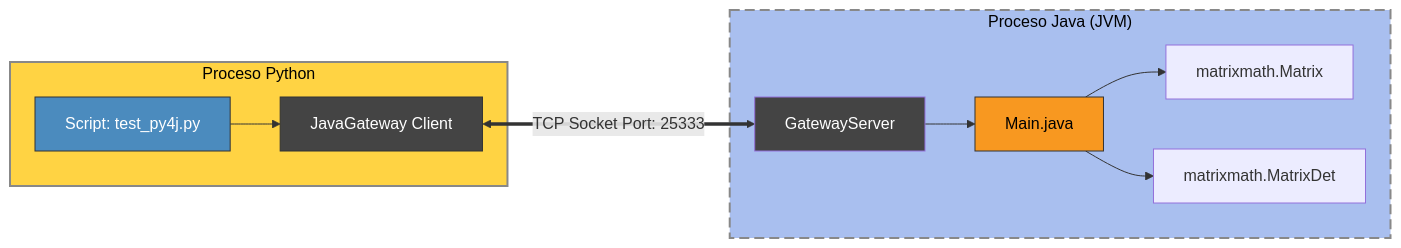
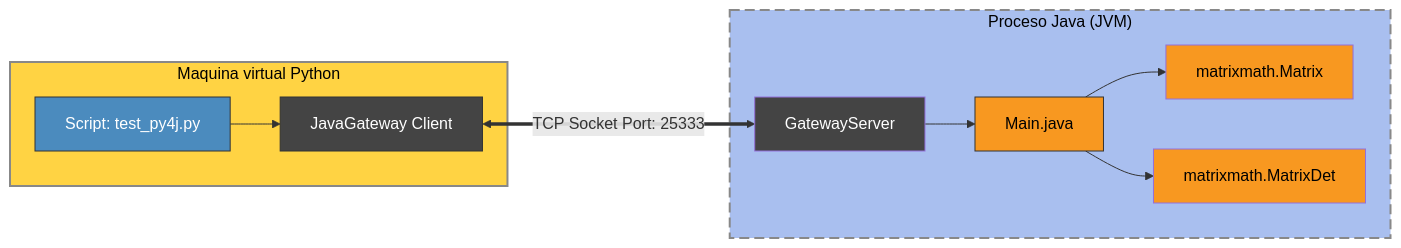
The third of 4 diagrams in README.md (EricLuceroGonzalez/java-en-python), drawn with Mermaid before and after one commit. The commit also changed other lines of this file, not shown here.

Commit message:
Update README to clarify Python virtual machine terminology and enhance integration instructions for JPype and Py4J

````diff
--- a/README.md
+++ b/README.md
@@ -225,21 +225,24 @@
 ```mermaid
+    
     graph LR
-    subgraph SG1 ["Proceso Python"]
+    subgraph SG1 ["Maquina virtual Python"]
         A[Script: test_py4j.py] --> B[JavaGateway Client]
     end
 
     B <==>|TCP Socket Port: 25333| C[GatewayServer]
 
     subgraph SG2 ["Proceso Java (JVM)"]
         C --> D[Main.java]
         D --> E[matrixmath.Matrix]
         D --> F[matrixmath.MatrixDet]
     end
 
     style A fill:#4B8BBE,stroke:#333,color:#ffff
     style B fill:#444,stroke:#333,color:#ffff
     style D fill:#f89820,stroke:#333,color:#000
     style C fill:#444,color:#fff
+    style E fill:#f89820,color:#000
+    style F fill:#f89820,color:#000
     style SG1 fill:#ffd343,stroke:#888,stroke-width:2px,color:#000
     style SG2 fill:#A9BFEF,stroke:#888,stroke-width:2px,stroke-dasharray: 10 5,color:#000
 ```
````
